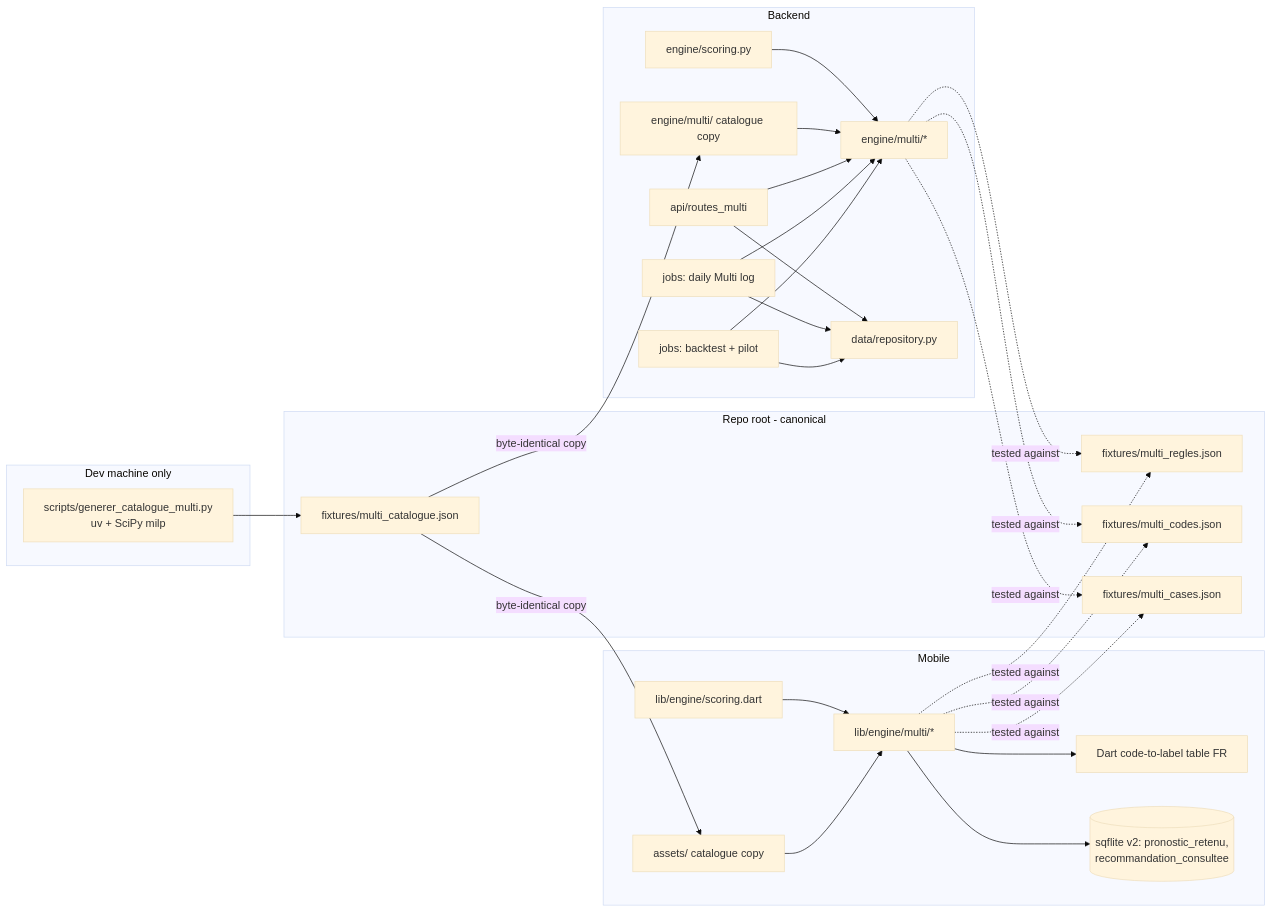
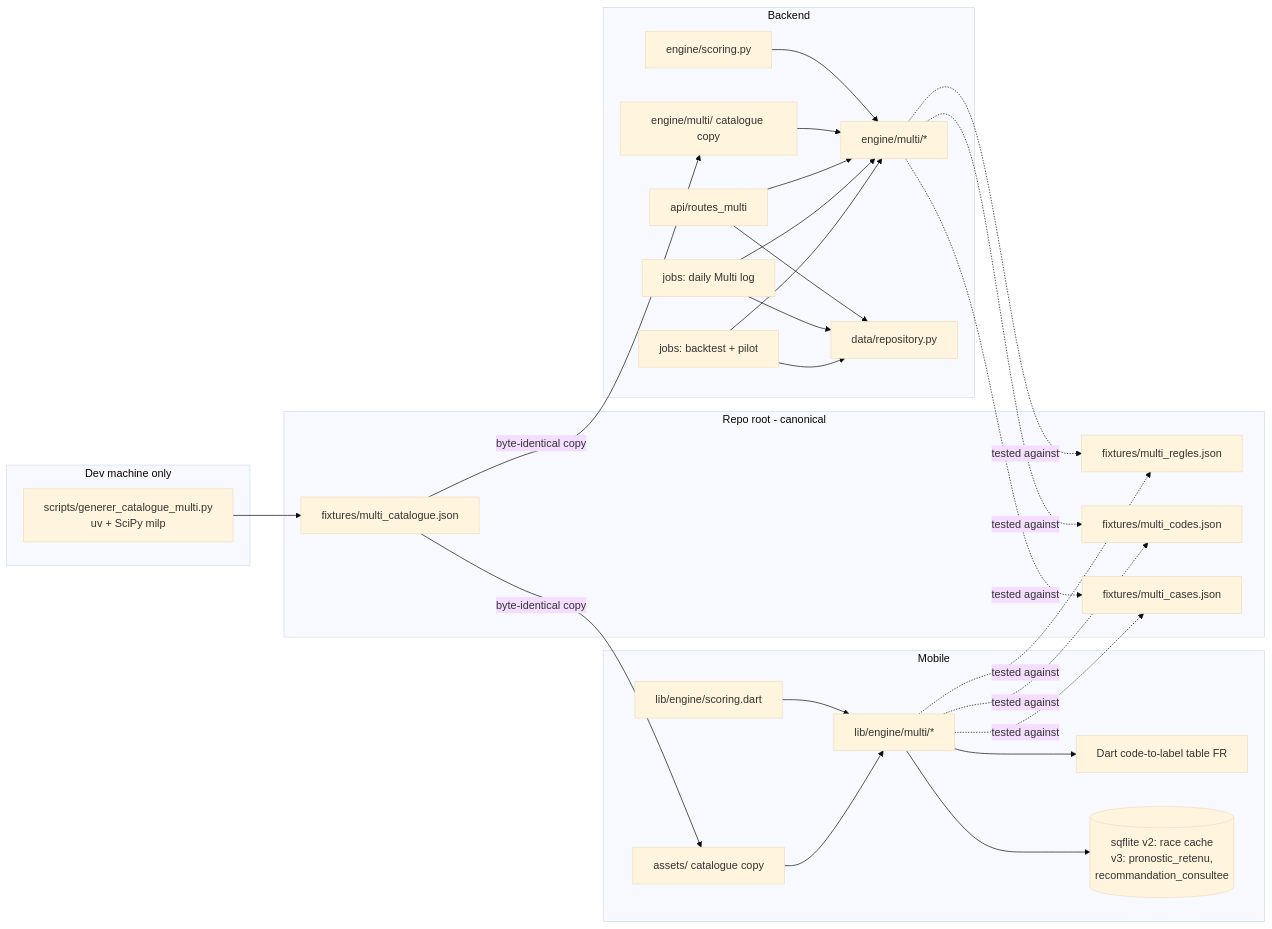
One commit to LazyDevop/prediction-hyppique changed the second of 3 diagrams in _bmad-output/planning-artifacts/architecture/architecture-prediction-hyppique-2026-09-04/ARCHITECTURE-SPINE.md. Above: the diagram before and after it, drawn with Mermaid (base theme). The commit also changed other lines of this file and 24 other files, not shown here.

````diff
--- a/_bmad-output/planning-artifacts/architecture/architecture-prediction-hyppique-2026-09-04/ARCHITECTURE-SPINE.md
+++ b/_bmad-output/planning-artifacts/architecture/architecture-prediction-hyppique-2026-09-04/ARCHITECTURE-SPINE.md
@@ -63,49 +68,49 @@
 ```mermaid
 flowchart LR
   subgraph Dev machine only
     GEN[scripts/generer_catalogue_multi.py<br/>uv + SciPy milp]
   end
   subgraph Repo root - canonical
     CAT[fixtures/multi_catalogue.json]
     REG[fixtures/multi_regles.json]
     CODES[fixtures/multi_codes.json]
     CASES[fixtures/multi_cases.json]
   end
   subgraph Backend
     SCORE[engine/scoring.py]
     MULTI[engine/multi/*]
     CATB[engine/multi/ catalogue copy]
     REPO[data/repository.py]
     ROUTES[api/routes_multi]
     JOBLOG[jobs: daily Multi log]
     BT[jobs: backtest + pilot]
   end
   subgraph Mobile
     SCORED[lib/engine/scoring.dart]
     MULTID[lib/engine/multi/*]
     CATM[assets/ catalogue copy]
     LIB[Dart code-to-label table FR]
-    LOCAL[(sqflite v2: pronostic_retenu,<br/>recommandation_consultee)]
+    LOCAL[(sqflite v2: race cache<br/>v3: pronostic_retenu,<br/>recommandation_consultee)]
   end
   GEN --> CAT
   CAT -->|byte-identical copy| CATB
   CAT -->|byte-identical copy| CATM
   SCORE --> MULTI
   CATB --> MULTI
   SCORED --> MULTID
   CATM --> MULTID
   MULTI -.->|tested against| REG
   MULTI -.->|tested against| CODES
   MULTI -.->|tested against| CASES
   MULTID -.->|tested against| REG
   MULTID -.->|tested against| CODES
   MULTID -.->|tested against| CASES
   ROUTES --> MULTI
   ROUTES --> REPO
   JOBLOG --> MULTI
   JOBLOG --> REPO
   BT --> MULTI
   BT --> REPO
   MULTID --> LIB
   MULTID --> LOCAL
 ```
````
